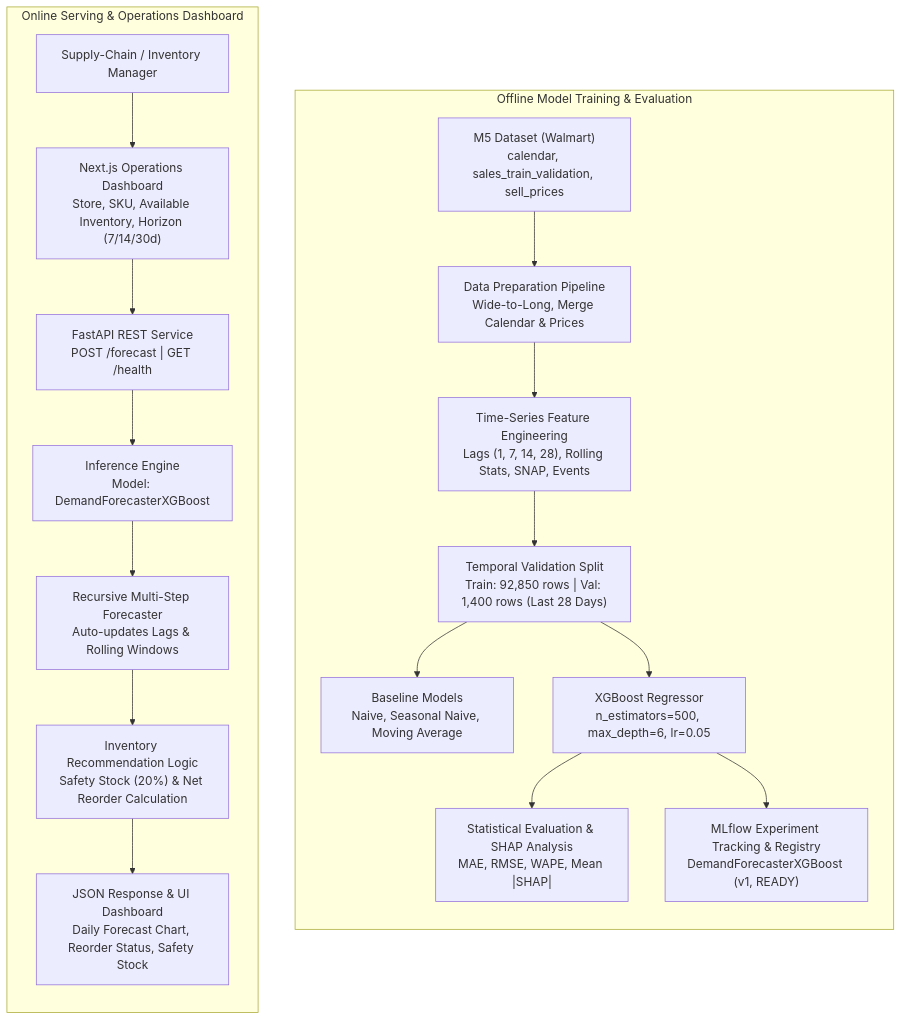
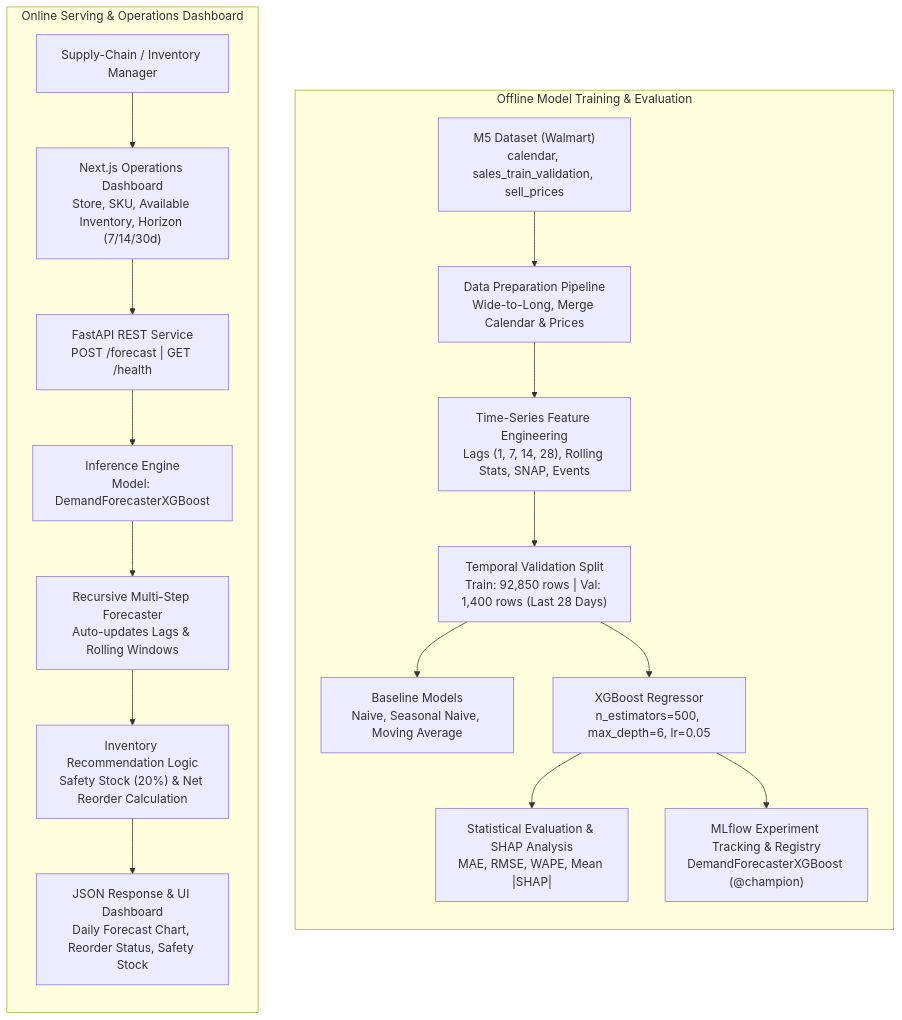
One commit to irishz12/Demand-Forecasting-Inventory-Intelligence changed the diagram in README.md. Above: the diagram before and after it, drawn with Mermaid. The commit also changed other lines of this file and 1 other file, not shown here.

````diff
--- a/README.md
+++ b/README.md
@@ -37,23 +37,23 @@
 ```mermaid
 flowchart TD
     subgraph Offline["Offline Model Training & Evaluation"]
         direction TB
         M5["M5 Dataset (Walmart)<br/>calendar, sales_train_validation, sell_prices"] --> DP["Data Preparation Pipeline<br/>Wide-to-Long, Merge Calendar & Prices"]
         DP --> FE["Time-Series Feature Engineering<br/>Lags (1, 7, 14, 28), Rolling Stats, SNAP, Events"]
         FE --> TV["Temporal Validation Split<br/>Train: 92,850 rows | Val: 1,400 rows (Last 28 Days)"]
         TV --> BASE["Baseline Models<br/>Naive, Seasonal Naive, Moving Average"]
         TV --> XGB["XGBoost Regressor<br/>n_estimators=500, max_depth=6, lr=0.05"]
         XGB --> EVAL["Statistical Evaluation & SHAP Analysis<br/>MAE, RMSE, WAPE, Mean |SHAP|"]
-        XGB --> REG["MLflow Experiment Tracking & Registry<br/>DemandForecasterXGBoost (v1, READY)"]
+        XGB --> REG["MLflow Experiment Tracking & Registry<br/>DemandForecasterXGBoost (@champion)"]
     end
 
     subgraph Online["Online Serving & Operations Dashboard"]
         direction TB
         MGR["Supply-Chain / Inventory Manager"] --> UI["Next.js Operations Dashboard<br/>Store, SKU, Available Inventory, Horizon (7/14/30d)"]
         UI --> API["FastAPI REST Service<br/>POST /forecast | GET /health"]
         API --> ENG["Inference Engine<br/>Model: DemandForecasterXGBoost"]
         ENG --> REC["Recursive Multi-Step Forecaster<br/>Auto-updates Lags & Rolling Windows"]
         REC --> INV["Inventory Recommendation Logic<br/>Safety Stock (20%) & Net Reorder Calculation"]
         INV --> RES["JSON Response & UI Dashboard<br/>Daily Forecast Chart, Reorder Status, Safety Stock"]
     end
 ```
````
